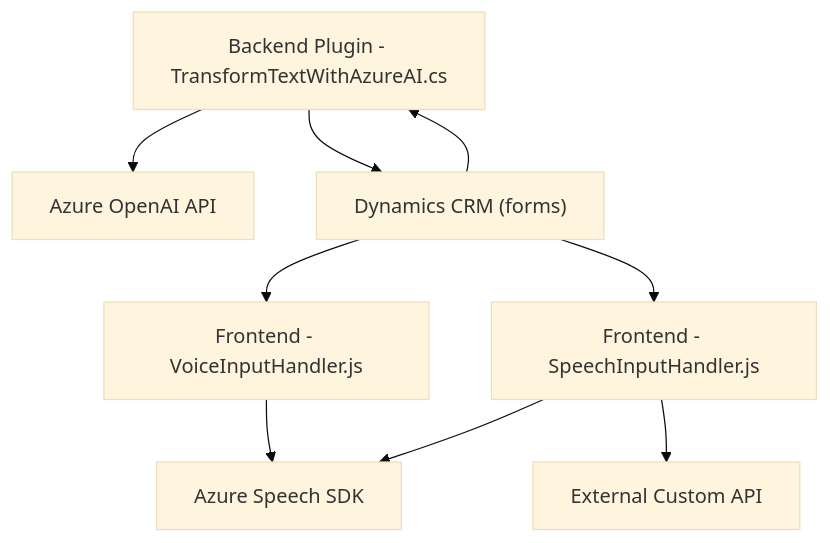
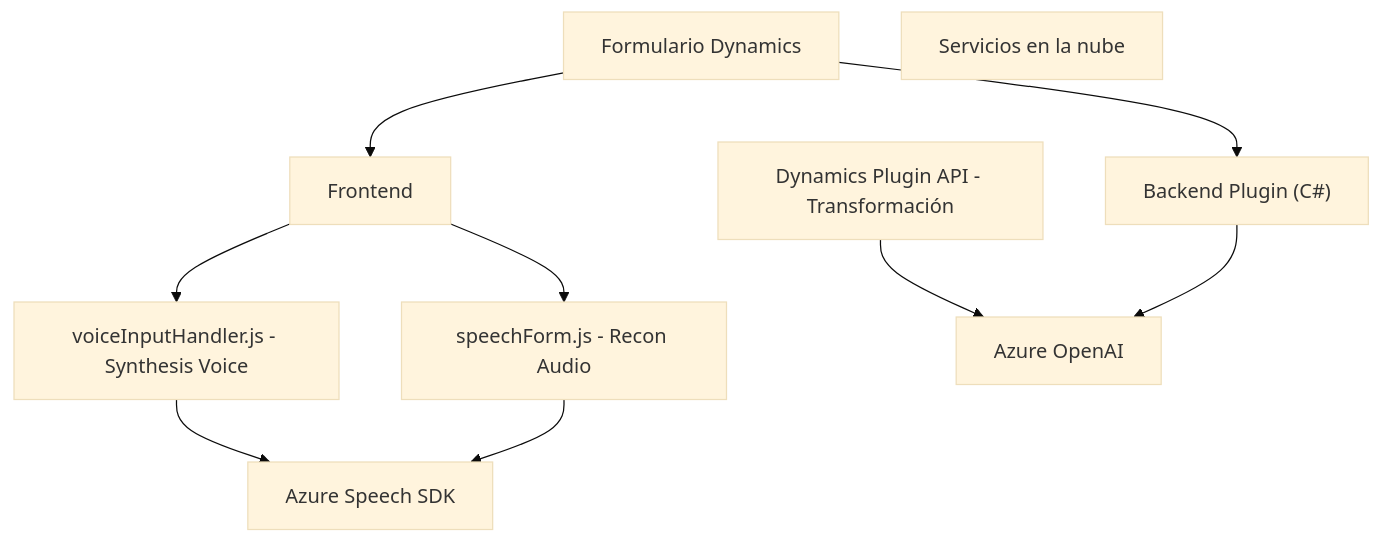
One commit to blopezdm/NETCORE_BILBAO2025 changed the diagram in README.md. Above: the diagram before and after it, drawn with Mermaid (base theme). The commit also changed other lines of this file, not shown here.

````diff
--- a/README.md
+++ b/README.md
@@ -40,19 +62,21 @@
 ```mermaid
 graph TD
-    A["Frontend - VoiceInputHandler.js"]
-    B["Frontend - SpeechInputHandler.js"]
-    C["Backend Plugin - TransformTextWithAzureAI.cs"]
-    D["Azure Speech SDK"]
-    E["Azure OpenAI API"]
-    F["Dynamics CRM (forms)"]
-    G["External Custom API"]
+    A["Formulario Dynamics"]
+    B["voiceInputHandler.js - Synthesis Voice"]
+    C["speechForm.js - Recon Audio"]
+    D["Dynamics Plugin API - Transformación"]
+    E["Azure Speech SDK"]
+    F["Azure OpenAI"]
+    G["Frontend"]
+    H["Backend Plugin (C#)"]
+    I["Servicios en la nube"]
 
-    A --> D
-    B --> D
-    B --> G
+    A --> G
+    G --> B
+    G --> C
+    B --> E
     C --> E
-    F --> C
-    F --> A
-    F --> B
-    C --> F
+    D --> F
+    A --> H
+    H --> F
 ```
````
